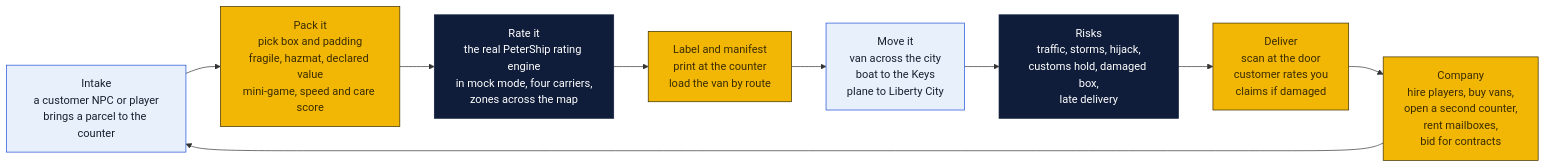
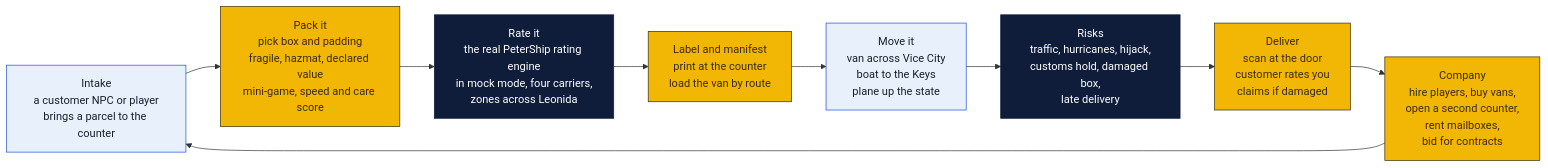
One commit to wbp318/goin-postal-forsythe changed the second of 4 diagrams in monetization/vice-city-rp/README.md. Above: the diagram before and after it, drawn with Mermaid. The commit also changed other lines of this file and 3 other files, not shown here.

Commit message:
Vice City RP plan rewritten for GTA 6 only: build now without a server, one money table for the rumored real-money economy

````diff
--- a/monetization/vice-city-rp/README.md
+++ b/monetization/vice-city-rp/README.md
@@ -47,14 +48,14 @@
 ```mermaid
 flowchart LR
   IN["Intake<br/>a customer NPC or player<br/>brings a parcel to the counter"]:::you --> PK["Pack it<br/>pick box and padding<br/>fragile, hazmat, declared value<br/>mini-game, speed and care score"]:::store
-  PK --> RT["Rate it<br/>the real PeterShip rating engine<br/>in mock mode, four carriers,<br/>zones across the map"]:::cloud
+  PK --> RT["Rate it<br/>the real PeterShip rating engine<br/>in mock mode, four carriers,<br/>zones across Leonida"]:::cloud
   RT --> LB["Label and manifest<br/>print at the counter<br/>load the van by route"]:::store
-  LB --> MV["Move it<br/>van across the city<br/>boat to the Keys<br/>plane to Liberty City"]:::you
-  MV --> RISK["Risks<br/>traffic, storms, hijack,<br/>customs hold, damaged box,<br/>late delivery"]:::cloud
+  LB --> MV["Move it<br/>van across Vice City<br/>boat to the Keys<br/>plane up the state"]:::you
+  MV --> RISK["Risks<br/>traffic, hurricanes, hijack,<br/>customs hold, damaged box,<br/>late delivery"]:::cloud
   RISK --> DL["Deliver<br/>scan at the door<br/>customer rates you<br/>claims if damaged"]:::store
   DL --> CO["Company<br/>hire players, buy vans,<br/>open a second counter,<br/>rent mailboxes,<br/>bid for contracts"]:::store
   CO --> IN
   classDef store fill:#f2b705,stroke:#3b2c00,color:#3b2c00
   classDef cloud fill:#0f1d3a,stroke:#0f1d3a,color:#ffffff
   classDef you fill:#e8f1fb,stroke:#1d4ed8,color:#17202d
 ```
````
